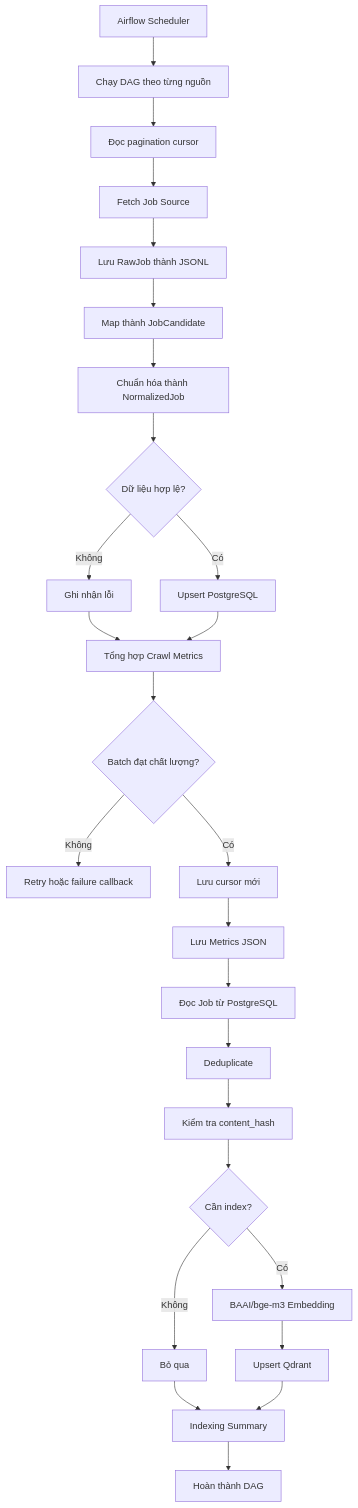
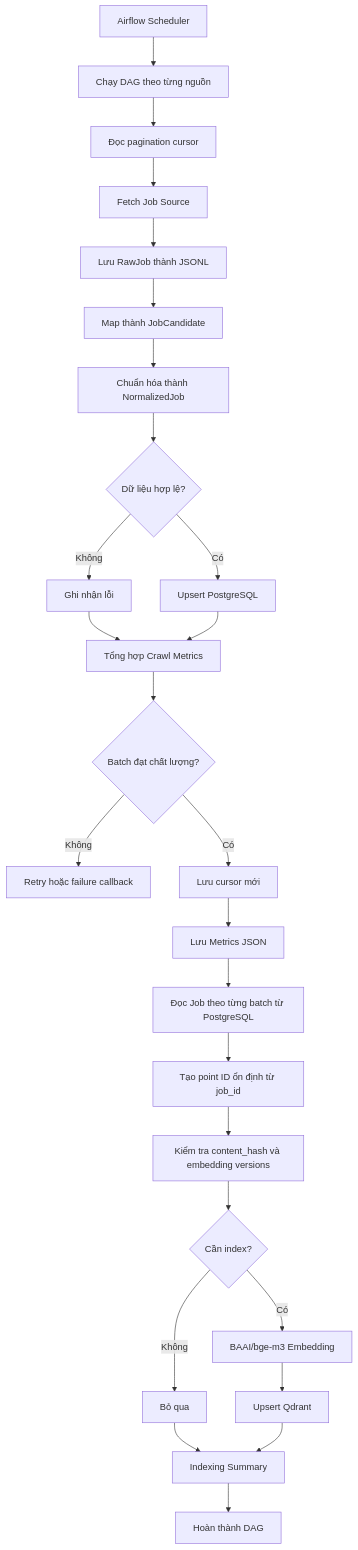
One commit to coderiukl/multi-agent-job-assistant changed the seventh of 7 diagrams in docs/architecture-as-is.md. Above: the diagram before and after it, drawn with Mermaid. The commit also changed other lines of this file and 14 other files, not shown here.

````diff
--- a/docs/architecture-as-is.md
+++ b/docs/architecture-as-is.md
@@ -381,35 +394,35 @@
 ```mermaid
 flowchart TD
     SCHEDULE["Airflow Scheduler"] --> SOURCE["Chạy DAG theo từng nguồn"]
     SOURCE --> CURSOR["Đọc pagination cursor"]
     CURSOR --> FETCH["Fetch Job Source"]
     FETCH --> RAW["Lưu RawJob thành JSONL"]
 
     RAW --> MAP["Map thành JobCandidate"]
     MAP --> NORMALIZE["Chuẩn hóa thành NormalizedJob"]
     NORMALIZE --> VALID{"Dữ liệu hợp lệ?"}
 
     VALID -- "Không" --> FAILURE["Ghi nhận lỗi"]
     VALID -- "Có" --> UPSERT["Upsert PostgreSQL"]
 
     FAILURE --> METRICS["Tổng hợp Crawl Metrics"]
     UPSERT --> METRICS
 
     METRICS --> QUALITY{"Batch đạt chất lượng?"}
     QUALITY -- "Không" --> RETRY["Retry hoặc failure callback"]
     QUALITY -- "Có" --> COMMIT["Lưu cursor mới"]
 
     COMMIT --> RECORD["Lưu Metrics JSON"]
-    RECORD --> READ["Đọc Job từ PostgreSQL"]
-    READ --> DEDUP["Deduplicate"]
-    DEDUP --> HASH["Kiểm tra content_hash"]
+    RECORD --> READ["Đọc Job theo từng batch từ PostgreSQL"]
+    READ --> ID["Tạo point ID ổn định từ job_id"]
+    ID --> HASH["Kiểm tra content_hash và embedding versions"]
 
     HASH --> REQUIRED{"Cần index?"}
     REQUIRED -- "Không" --> SKIP["Bỏ qua"]
     REQUIRED -- "Có" --> EMBED["BAAI/bge-m3 Embedding"]
 
     EMBED --> QDRANT["Upsert Qdrant"]
     SKIP --> SUMMARY["Indexing Summary"]
     QDRANT --> SUMMARY
     SUMMARY --> END["Hoàn thành DAG"]
 ```
````
